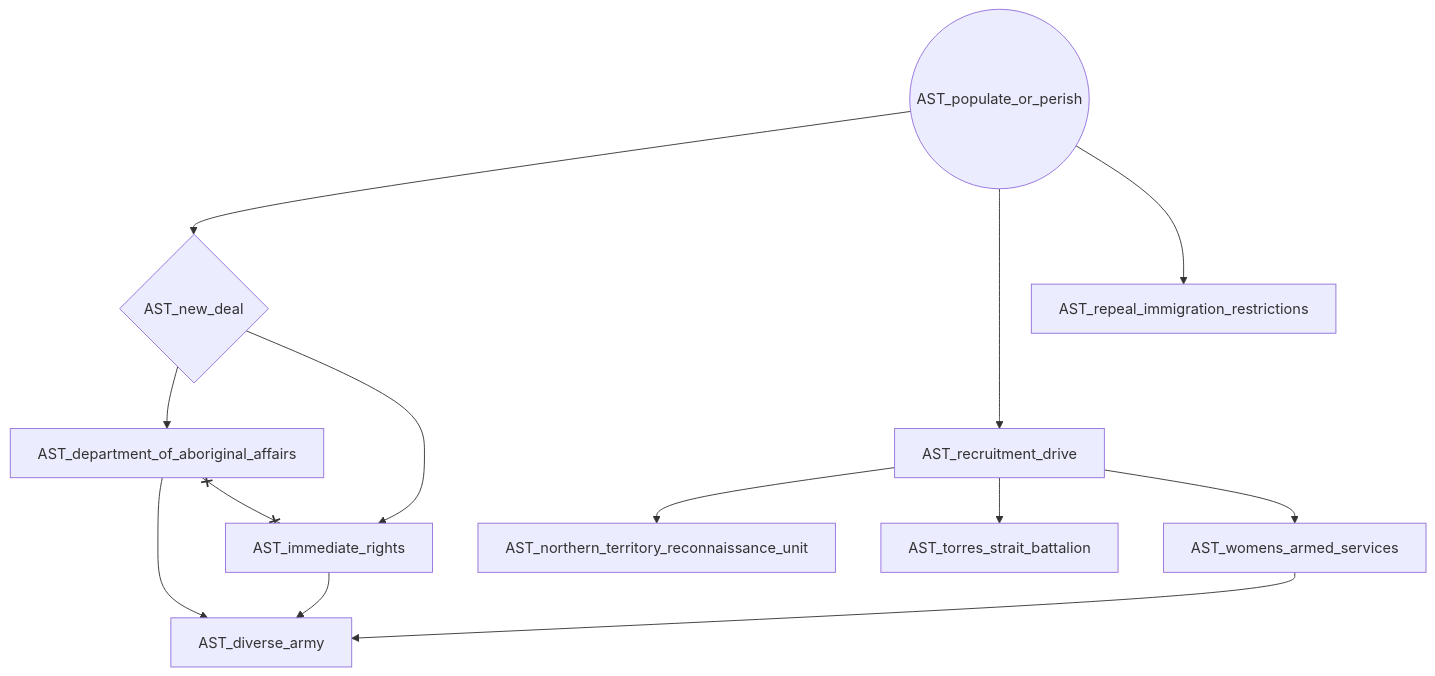
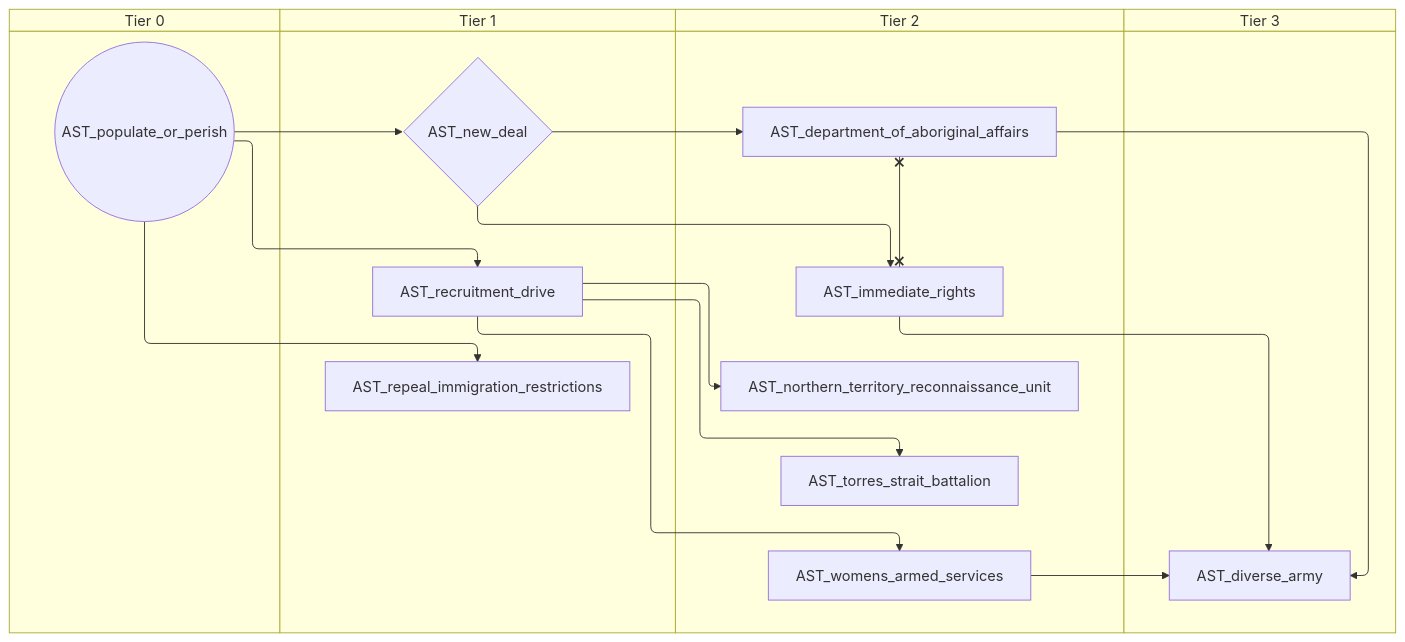
One commit to evgeny-sobol/hoi4-sandbox-mode-r56 changed the tenth of 15 diagrams in docs/gdd/National Focuses/r56/australia_taog.md. Above: the diagram before and after it, drawn with Mermaid. The commit also changed other lines of this file and 423 other files, not shown here.

First line of the commit message:
Re-export Rt56 focus trees as swimlane diagrams

````diff
--- a/docs/gdd/National Focuses/r56/australia_taog.md
+++ b/docs/gdd/National Focuses/r56/australia_taog.md
@@ -499,25 +595,33 @@
 ```mermaid
-flowchart TD
-    n178["AST_department_of_aboriginal_affairs"]
-    n179["AST_diverse_army"]
-    n180["AST_immediate_rights"]
-    n181{"AST_new_deal"}
-    n182["AST_northern_territory_reconnaissance_unit"]
-    n183(("AST_populate_or_perish"))
-    n184["AST_recruitment_drive"]
-    n185["AST_repeal_immigration_restrictions"]
-    n186["AST_torres_strait_battalion"]
-    n187["AST_womens_armed_services"]
-    n181 --> n178
-    n187 --> n179
+swimlane-beta TD
+    subgraph tier_0["Tier 0"]
+        n178(("AST_populate_or_perish"))
+    end
+    subgraph tier_1["Tier 1"]
+        n179{"AST_new_deal"}
+        n180["AST_recruitment_drive"]
+        n181["AST_repeal_immigration_restrictions"]
+    end
+    subgraph tier_2["Tier 2"]
+        n182["AST_department_of_aboriginal_affairs"]
+        n183["AST_immediate_rights"]
+        n184["AST_northern_territory_reconnaissance_unit"]
+        n185["AST_torres_strait_battalion"]
+        n186["AST_womens_armed_services"]
+    end
+    subgraph tier_3["Tier 3"]
+        n187["AST_diverse_army"]
+    end
+    n179 --> n182
+    n186 --> n187
+    n182 --> n187
+    n183 --> n187
+    n179 --> n183
     n178 --> n179
-    n180 --> n179
-    n181 --> n180
-    n183 --> n181
-    n184 --> n182
-    n183 --> n184
-    n183 --> n185
-    n184 --> n186
-    n184 --> n187
-    n178 x--x n180
+    n180 --> n184
+    n178 --> n180
+    n178 --> n181
+    n180 --> n185
+    n180 --> n186
+    n182 x--x n183
 ```
````
